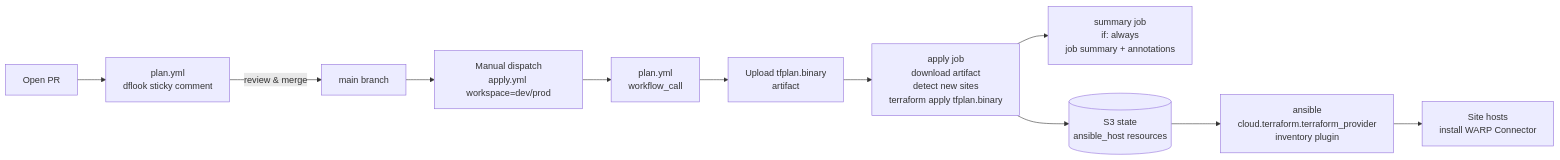
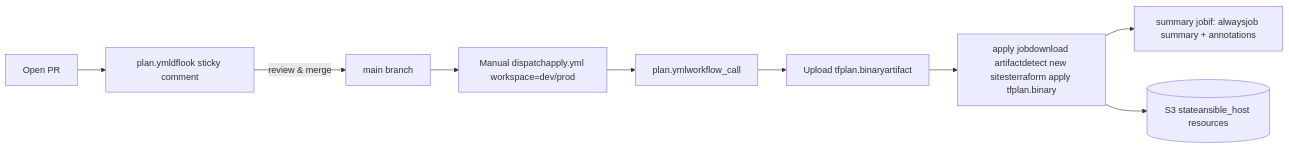
The third of 3 diagrams in README.md (prometejs/cf-mesh-terraform-infra), drawn with Mermaid before and after one commit. The commit also changed other lines of this file and 1 other file, not shown here.

````diff
--- a/README.md
+++ b/README.md
@@ -191,13 +128,11 @@
 ```mermaid
 flowchart LR
-    PR[Open PR] --> PLAN[plan.yml<br/>dflook sticky comment]
+    PR[Open PR] --> PLAN[plan.ymldflook sticky comment]
     PLAN -->|review & merge| MAIN[main branch]
-    MAIN --> DISPATCH[Manual dispatch<br/>apply.yml workspace=dev/prod]
-    DISPATCH --> REPLAN[plan.yml<br/>workflow_call]
-    REPLAN --> ARTIFACT[Upload tfplan.binary<br/>artifact]
-    ARTIFACT --> APPLY[apply job<br/>download artifact<br/>detect new sites<br/>terraform apply tfplan.binary]
-    APPLY --> SUMMARY[summary job<br/>if: always<br/>job summary + annotations]
-    APPLY --> STATE[(S3 state<br/>ansible_host resources)]
-    STATE --> ANSIBLE[ansible<br/>cloud.terraform.terraform_provider<br/>inventory plugin]
-    ANSIBLE --> HOSTS[Site hosts<br/>install WARP Connector]
+    MAIN --> DISPATCH[Manual dispatchapply.yml workspace=dev/prod]
+    DISPATCH --> REPLAN[plan.ymlworkflow_call]
+    REPLAN --> ARTIFACT[Upload tfplan.binaryartifact]
+    ARTIFACT --> APPLY[apply jobdownload artifactdetect new sitesterraform apply tfplan.binary]
+    APPLY --> SUMMARY[summary jobif: alwaysjob summary + annotations]
+    APPLY --> STATE[(S3 stateansible_host resources)]
 ```
````
